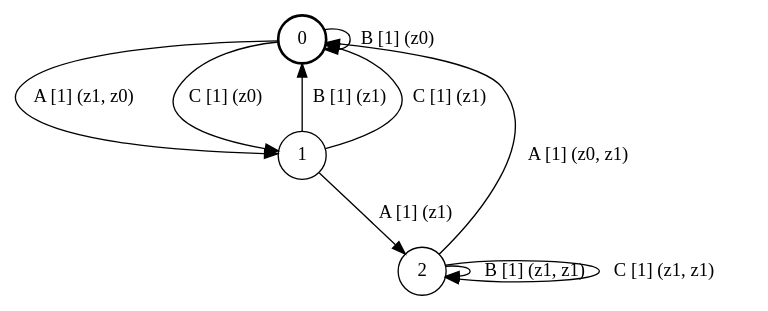
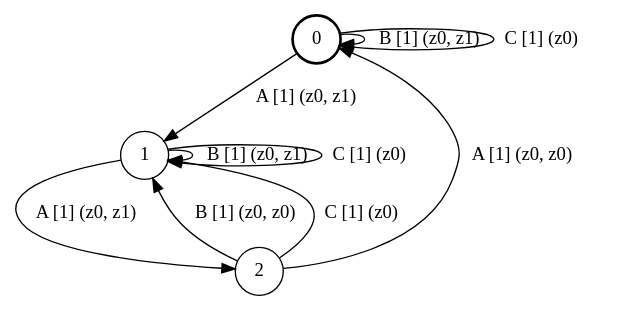
The diagram in qbf/testing/fsm_3s3e2a.dot (ulyantsev/EFSM-tools), drawn with Graphviz before and after one commit. The commit also changed 1162 other files, not shown here.

```diff
--- a/qbf/testing/fsm_3s3e2a.dot
+++ b/qbf/testing/fsm_3s3e2a.dot
@@ -1,15 +1,15 @@
 # generated file, don't try to modify
 # command: dot -Tpng <filename> > tree.png
 digraph Automaton {
     node [shape = circle];
     0 [style = "bold"];
-    0 -> 1 [label = "A [1] (z1, z0) "];
-    0 -> 0 [label = "B [1] (z0) "];
-    0 -> 1 [label = "C [1] (z0) "];
-    1 -> 2 [label = "A [1] (z1) "];
-    1 -> 0 [label = "B [1] (z1) "];
-    1 -> 0 [label = "C [1] (z1) "];
-    2 -> 0 [label = "A [1] (z0, z1) "];
-    2 -> 2 [label = "B [1] (z1, z1) "];
-    2 -> 2 [label = "C [1] (z1, z1) "];
+    0 -> 1 [label = "A [1] (z0, z1) "];
+    0 -> 0 [label = "B [1] (z0, z1) "];
+    0 -> 0 [label = "C [1] (z0) "];
+    1 -> 2 [label = "A [1] (z0, z1) "];
+    1 -> 1 [label = "B [1] (z0, z1) "];
+    1 -> 1 [label = "C [1] (z0) "];
+    2 -> 0 [label = "A [1] (z0, z0) "];
+    2 -> 1 [label = "B [1] (z0, z0) "];
+    2 -> 1 [label = "C [1] (z0) "];
 }
```
